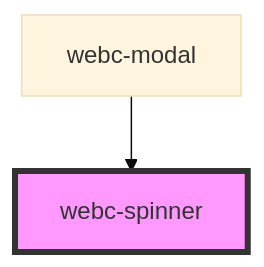
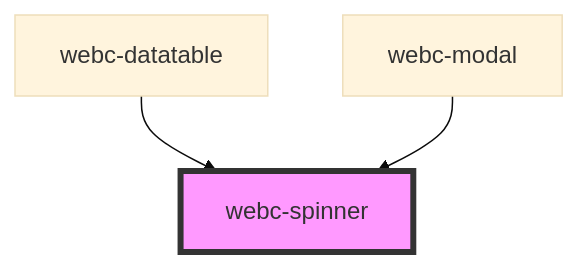
One commit to webcardinal/webcardinal-core changed the diagram in docs/readme/components/webc-spinner/readme.md. Above: the diagram before and after it, drawn with Mermaid (base theme). The commit also changed other lines of this file and 10 other files, not shown here.

````diff
--- a/docs/readme/components/webc-spinner/readme.md
+++ b/docs/readme/components/webc-spinner/readme.md
@@ -33,5 +34,6 @@
 ```mermaid
 graph TD;
+  webc-datatable --> webc-spinner
   webc-modal --> webc-spinner
   style webc-spinner fill:#f9f,stroke:#333,stroke-width:4px
 ```
````
